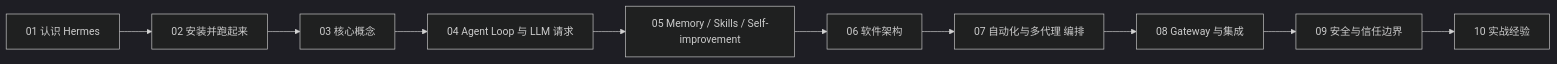
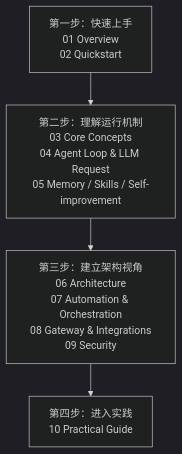
The first of 2 diagrams in README.md (qixiaoz/hermes-agent-wiki), drawn with Mermaid (dark theme) before and after one commit.

Commit message:
docs: group README learning path into stages

````diff
--- a/README.md
+++ b/README.md
@@ -21,12 +21,9 @@
 ```mermaid
-flowchart LR
-    A[01 认识 Hermes] --> B[02 安装并跑起来]
-    B --> C[03 核心概念]
-    C --> D[04 Agent Loop 与 LLM 请求]
-    D --> E[05 Memory / Skills / Self-improvement]
-    E --> F[06 软件架构]
-    F --> G[07 自动化与多代理 编排]
-    G --> H[08 Gateway 与集成]
-    H --> I[09 安全与信任边界]
-    I --> J[10 实战经验]
+flowchart TB
+    A[第一步：快速上手<br/>01 Overview<br/>02 Quickstart]
+    B[第二步：理解运行机制<br/>03 Core Concepts<br/>04 Agent Loop & LLM Request<br/>05 Memory / Skills / Self-improvement]
+    C[第三步：建立架构视角<br/>06 Architecture<br/>07 Automation & Orchestration<br/>08 Gateway & Integrations<br/>09 Security]
+    D[第四步：进入实践<br/>10 Practical Guide]
+
+    A --> B --> C --> D
 ```
````
